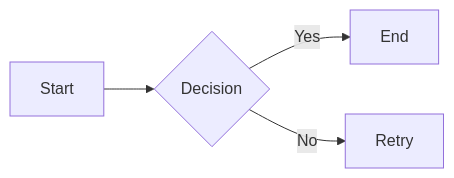
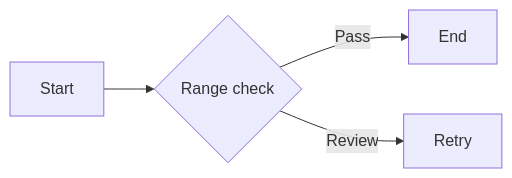
The first of 10 diagrams in examples/all.md (Desiment/opentui-markdown-render), drawn with Mermaid before and after one commit. The commit also changed other lines of this file and 36 other files, not shown here.

````diff
--- a/examples/all.md
+++ b/examples/all.md
@@ -74,6 +81,6 @@
 ```mermaid
 flowchart LR
-  A[Start] --> B{Decision}
-  B -->|Yes| C[End]
-  B -->|No| D[Retry]
+  A[Start] --> B{Range check}
+  B -->|Pass| C[End]
+  B -->|Review| D[Retry]
 ```
````
